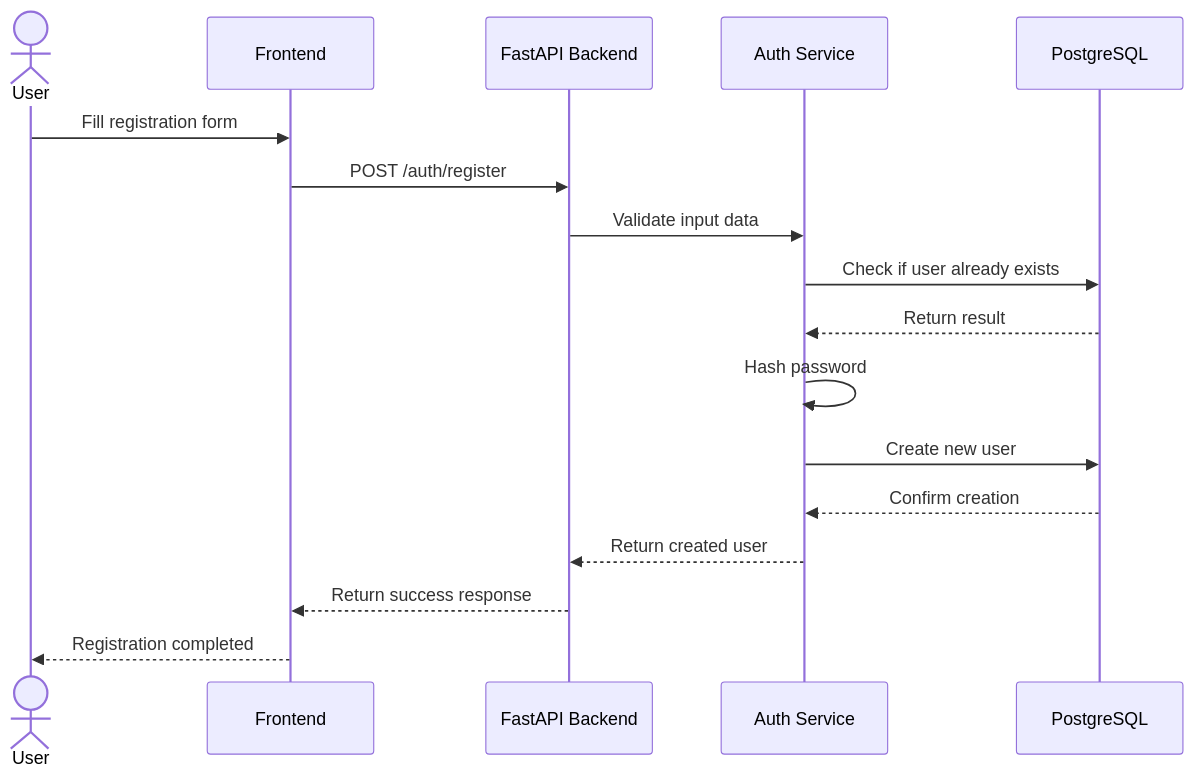
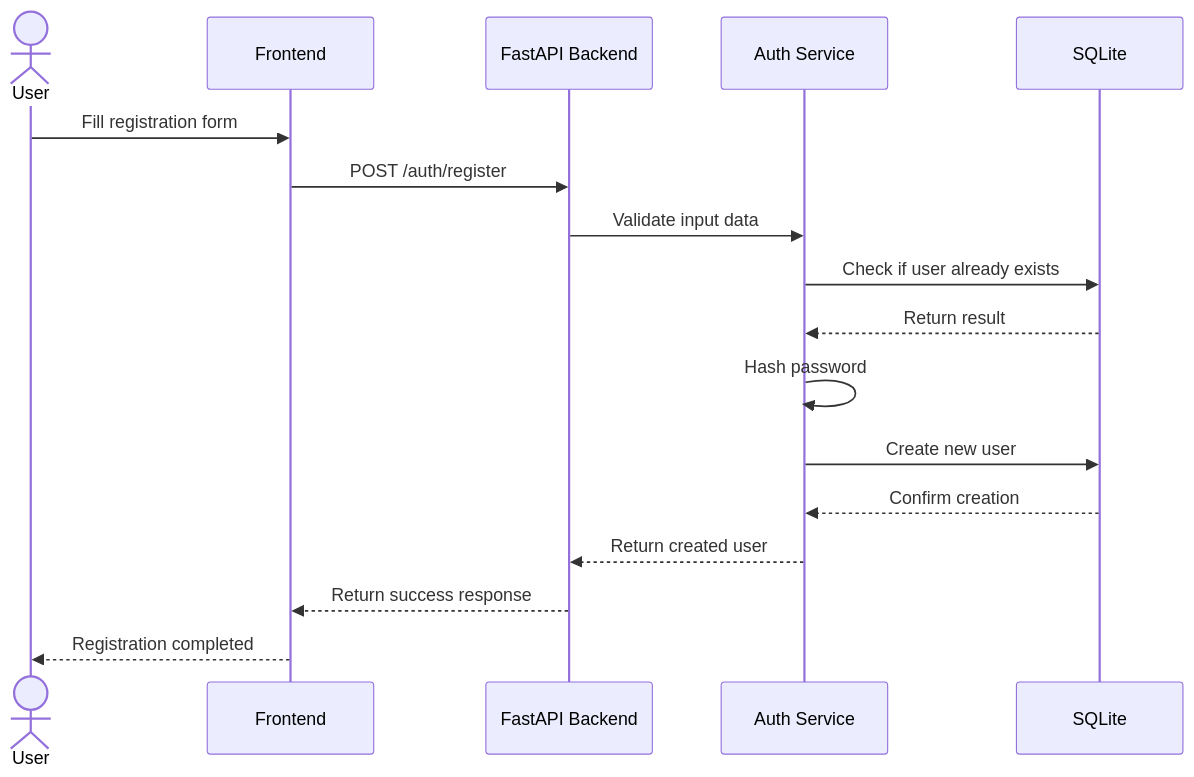
The second of 2 diagrams in docs/sequence-diagram.md (RonNoiman/AI-SOC-ASSISTANT), drawn with Mermaid before and after one commit. The commit also changed other lines of this file and 41 other files, not shown here.

````diff
--- a/docs/sequence-diagram.md
+++ b/docs/sequence-diagram.md
@@ -42,20 +42,20 @@
 ```mermaid
 sequenceDiagram
     actor User
     participant Frontend
     participant Backend as FastAPI Backend
     participant Auth as Auth Service
-    participant DB as PostgreSQL
+    participant DB as SQLite
 
     User->>Frontend: Fill registration form
     Frontend->>Backend: POST /auth/register
     Backend->>Auth: Validate input data
     Auth->>DB: Check if user already exists
     DB-->>Auth: Return result
     Auth->>Auth: Hash password
     Auth->>DB: Create new user
     DB-->>Auth: Confirm creation
     Auth-->>Backend: Return created user
     Backend-->>Frontend: Return success response
     Frontend-->>User: Registration completed
 ```
````
